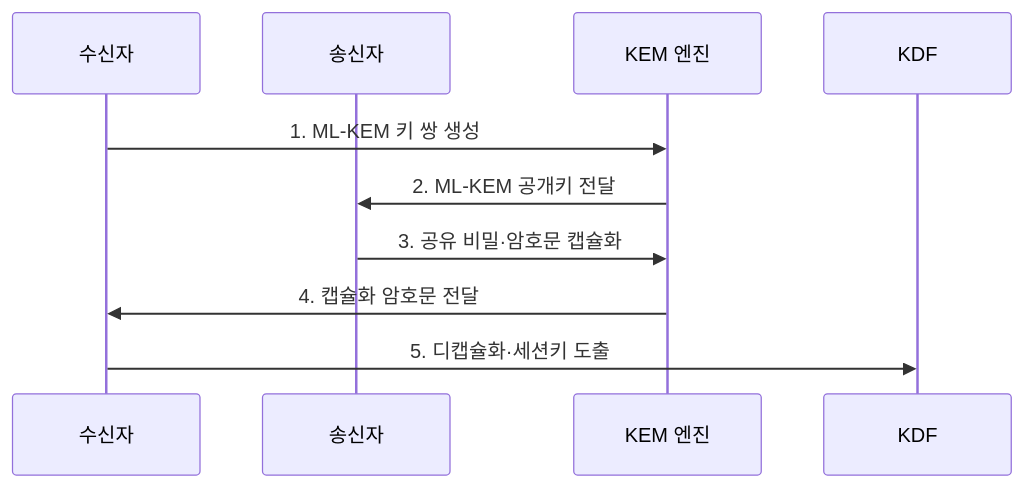
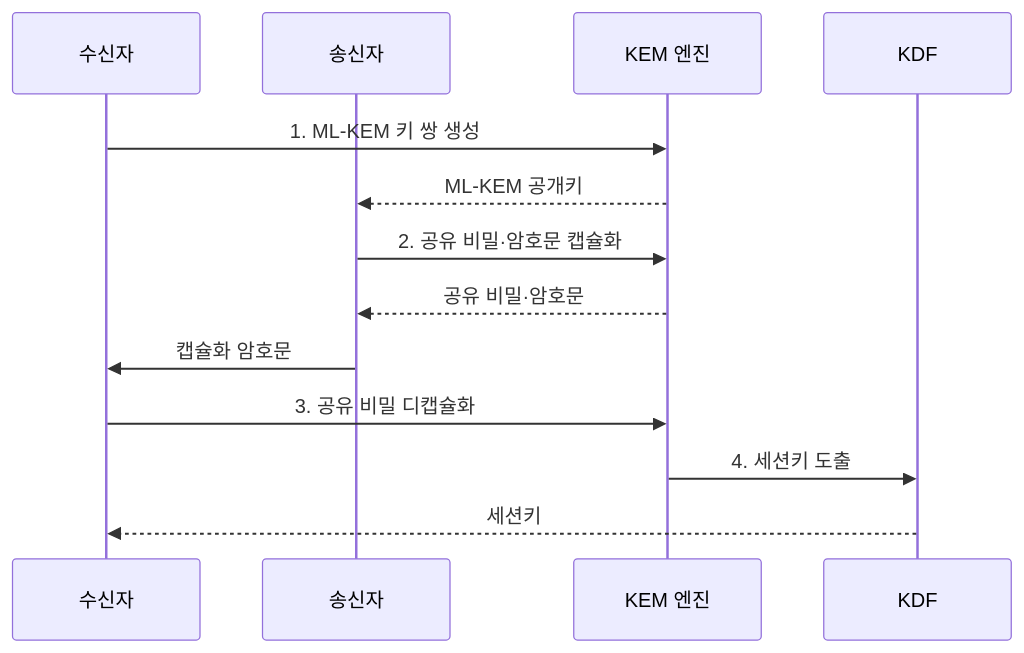
The second of 2 diagrams in src/content/docs/notes/05-security/012_post_quantum_cryptography.md (agnusdei1207/knowledge-base), drawn with Mermaid before and after one commit. The commit also changed other lines of this file and 20 other files, not shown here.

````diff
--- a/src/content/docs/notes/05-security/012_post_quantum_cryptography.md
+++ b/src/content/docs/notes/05-security/012_post_quantum_cryptography.md
@@ -91,12 +91,15 @@
 ```mermaid
 sequenceDiagram
     participant R as 수신자
     participant S as 송신자
     participant K as KEM 엔진
     participant D as KDF
     R->>K: 1. ML-KEM 키 쌍 생성
-    K->>S: 2. ML-KEM 공개키 전달
-    S->>K: 3. 공유 비밀·암호문 캡슐화
-    K->>R: 4. 캡슐화 암호문 전달
-    R->>D: 5. 디캡슐화·세션키 도출
+    K-->>S: ML-KEM 공개키
+    S->>K: 2. 공유 비밀·암호문 캡슐화
+    K-->>S: 공유 비밀·암호문
+    S->>R: 캡슐화 암호문
+    R->>K: 3. 공유 비밀 디캡슐화
+    K->>D: 4. 세션키 도출
+    D-->>R: 세션키
 ```
````
